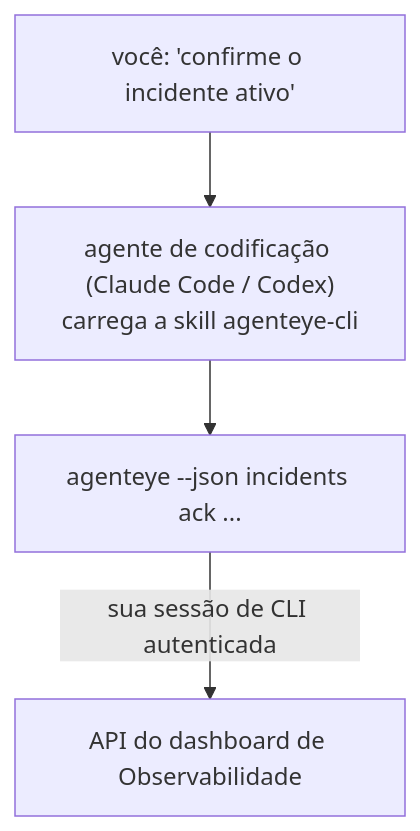
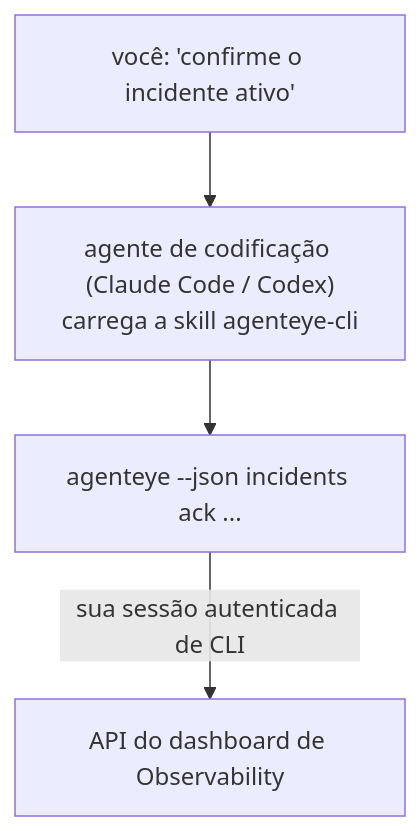
One commit to FailproofAI/failproofai changed the diagram in docs/pt-br/agenteye/cli-skill.mdx. Above: the diagram before and after it, drawn with Mermaid. The commit also changed other lines of this file and 677 other files, not shown here.

````diff
--- a/docs/pt-br/agenteye/cli-skill.mdx
+++ b/docs/pt-br/agenteye/cli-skill.mdx
@@ -28,6 +28,6 @@
 ```mermaid
 flowchart TD
     YOU["você: 'confirme o incidente ativo'"] --> AGENT["agente de codificação (Claude Code / Codex)<br/>carrega a skill agenteye-cli"]
     AGENT --> CLI["agenteye --json incidents ack ..."]
-    CLI -->|sua sessão de CLI autenticada| API["API do dashboard de Observabilidade"]
+    CLI -->|sua sessão autenticada de CLI| API["API do dashboard de Observability"]
 ```
````
